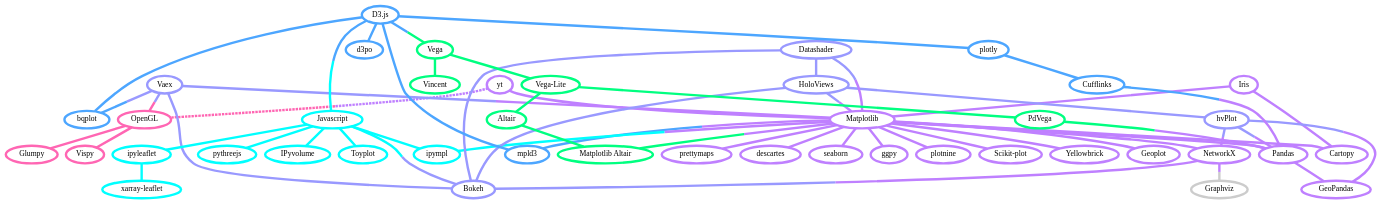
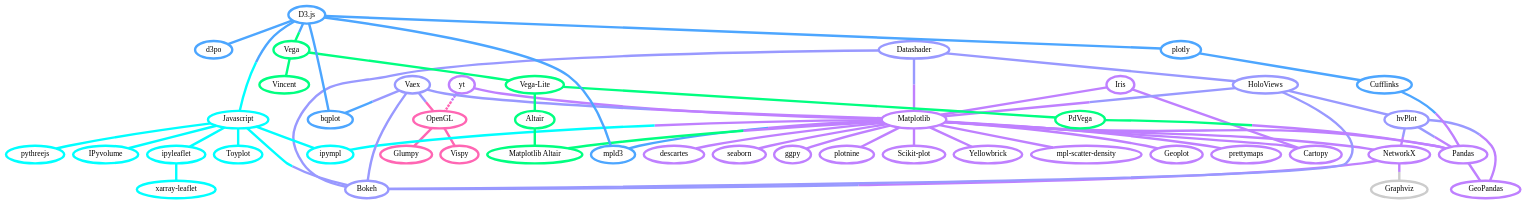
The diagram in docs/overview.rst (veit/pyviz-tutorial-de), drawn with Graphviz before and after one commit. The commit also changed other lines of this file and 2 other files, not shown here.

Commit message:
Add mpl-scatter-density

```diff
--- a/docs/overview.rst
+++ b/docs/overview.rst
@@ -43,6 +43,12 @@
             color="#BF80FF"
             target="_top",
             href="../matplotlib/index.html"]
+        mpl_scatter_density [
+            label="mpl-scatter-density",
+            tooltip="Streudichtekarten für die\naussagekräftige Darstellungen\ngroßer Datensätze",
+            color="#BF80FF",
+            target="_top",
+            href="../matplotlib/mpl-scatter-density.html"]
         pandas [
             label="Pandas",
             tooltip="Pandas Datenstrukturen mit\nMatplotlib visualisieren",
@@ -134,6 +140,7 @@
             target="_top",
             href="../matplotlib/yt.html"]
         mpl -- pandas [color="#BF80FF"]
+        mpl -- mpl_scatter_density [color="#BF80FF"]
         pandas  -- geopandas [color="#BF80FF"]
         mpl -- geoplot [color="#BF80FF"]
         mpl -- prettymaps [color="#BF80FF"]
```
